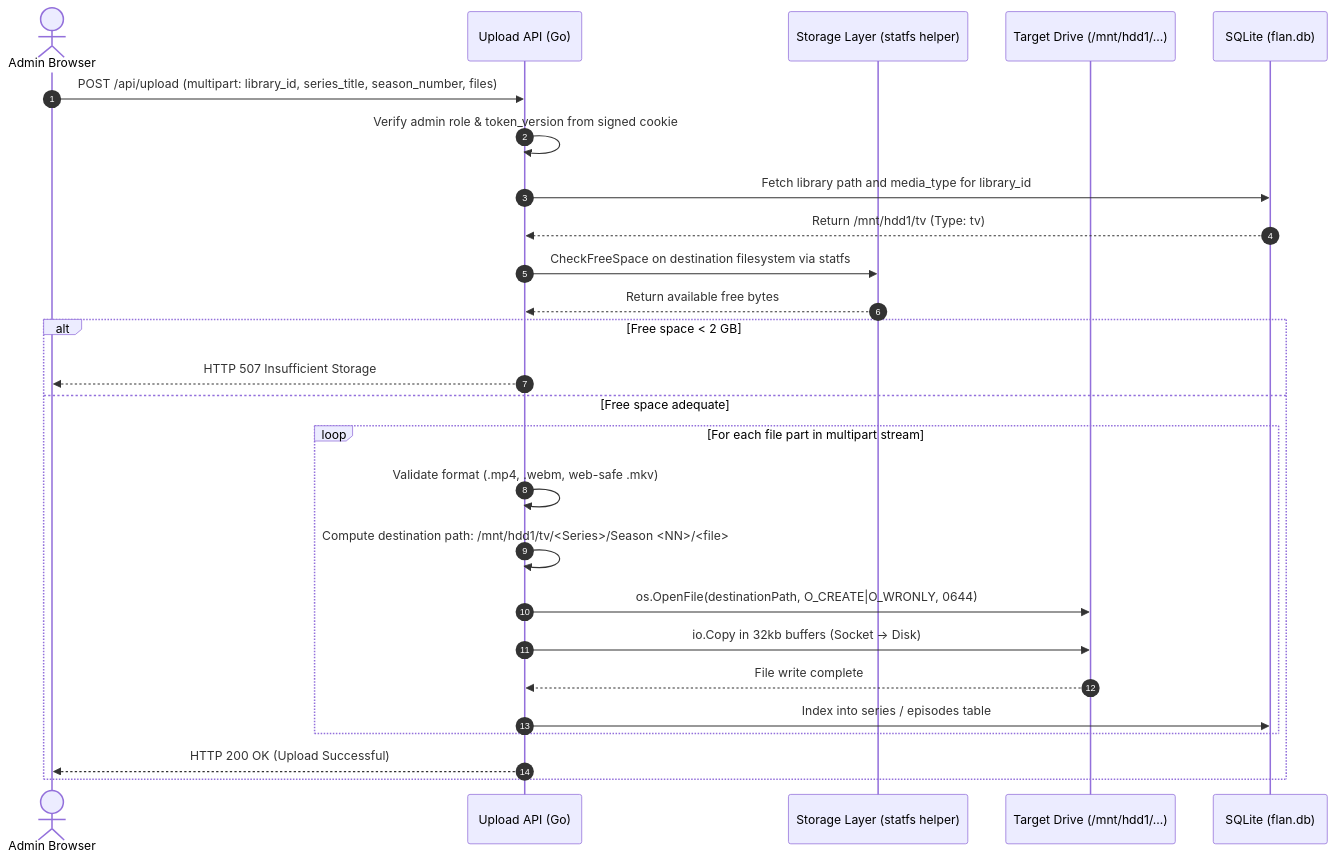
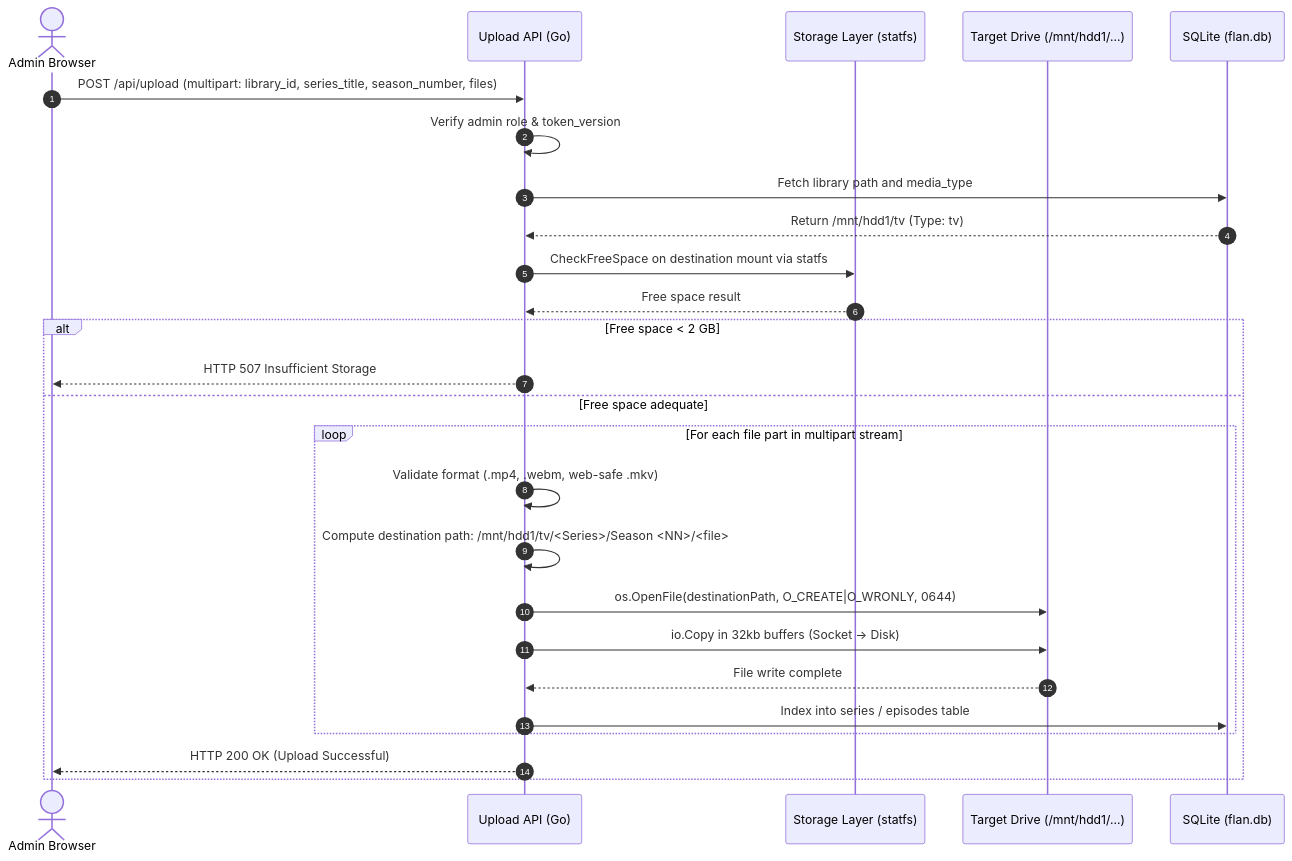
The sixth of 6 diagrams in docs/diagrams/data-flow.md (WesleyEsq/Flan-Media-Server), drawn with Mermaid before and after one commit. The commit also changed other lines of this file and 14 other files, not shown here.

````diff
--- a/docs/diagrams/data-flow.md
+++ b/docs/diagrams/data-flow.md
@@ -233,30 +198,29 @@
 ```mermaid
 sequenceDiagram
     autonumber
     actor Admin as Admin Browser
-    participant UploadHandler as Upload API (Go)
-    participant Storage as Storage Layer (statfs helper)
+    participant Handler as Upload API (Go)
+    participant Storage as Storage Layer (statfs)
     participant Disk as Target Drive (/mnt/hdd1/...)
     participant DB as SQLite (flan.db)
 
-    Admin->>UploadHandler: POST /api/upload (multipart: library_id, series_title, season_number, files)
-    UploadHandler->>UploadHandler: Verify admin role & token_version from signed cookie
-    UploadHandler->>DB: Fetch library path and media_type for library_id
-    DB-->>UploadHandler: Return /mnt/hdd1/tv (Type: tv)
-    UploadHandler->>Storage: CheckFreeSpace on destination filesystem via statfs
-    Storage-->>UploadHandler: Return available free bytes
-
+    Admin->>Handler: POST /api/upload (multipart: library_id, series_title, season_number, files)
+    Handler->>Handler: Verify admin role & token_version
+    Handler->>DB: Fetch library path and media_type
+    DB-->>Handler: Return /mnt/hdd1/tv (Type: tv)
+    Handler->>Storage: CheckFreeSpace on destination mount via statfs
+    Storage-->>Handler: Free space result
     alt Free space < 2 GB
-        UploadHandler-->>Admin: HTTP 507 Insufficient Storage
+        Handler-->>Admin: HTTP 507 Insufficient Storage
     else Free space adequate
         loop For each file part in multipart stream
-            UploadHandler->>UploadHandler: Validate format (.mp4, .webm, web-safe .mkv)
-            UploadHandler->>UploadHandler: Compute destination path: /mnt/hdd1/tv/<Series>/Season <NN>/<file>
-            UploadHandler->>Disk: os.OpenFile(destinationPath, O_CREATE|O_WRONLY, 0644)
-            UploadHandler->>Disk: io.Copy in 32kb buffers (Socket -> Disk)
-            Disk-->>UploadHandler: File write complete
-            UploadHandler->>DB: Index into series / episodes table
+            Handler->>Handler: Validate format (.mp4, .webm, web-safe .mkv)
+            Handler->>Handler: Compute destination path: /mnt/hdd1/tv/<Series>/Season <NN>/<file>
+            Handler->>Disk: os.OpenFile(destinationPath, O_CREATE|O_WRONLY, 0644)
+            Handler->>Disk: io.Copy in 32kb buffers (Socket -> Disk)
+            Disk-->>Handler: File write complete
+            Handler->>DB: Index into series / episodes table
         end
-        UploadHandler-->>Admin: HTTP 200 OK (Upload Successful)
+        Handler-->>Admin: HTTP 200 OK (Upload Successful)
     end
 ```
````
